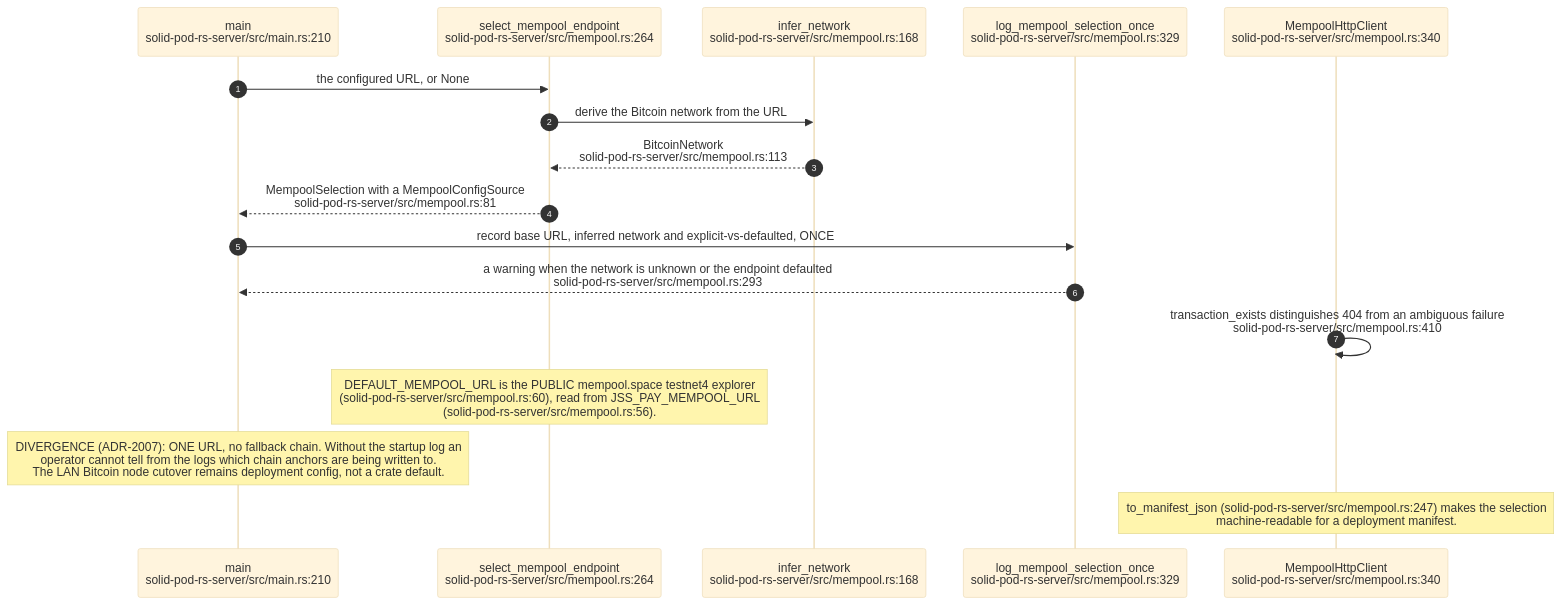
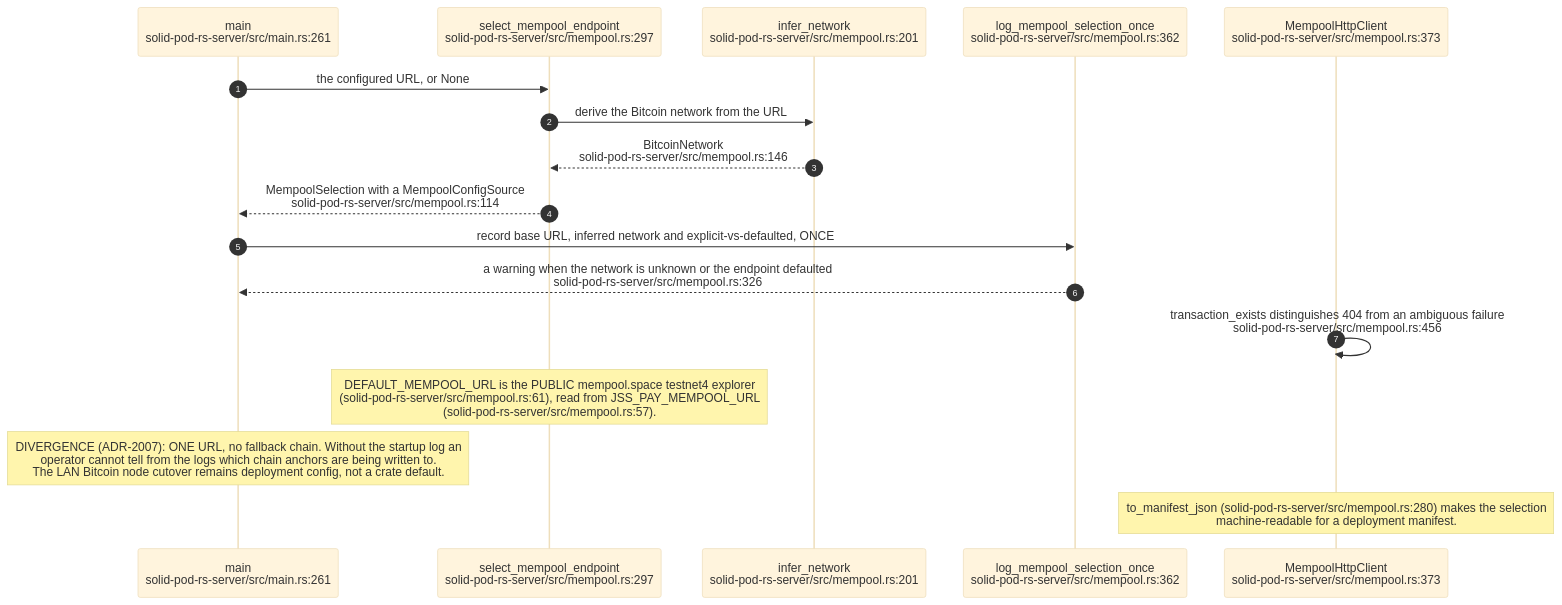
One commit to DreamLab-AI/VisionFlow changed the tenth of 19 diagrams in docs/diagrams/solid-pod-rs/07-provenance-and-payments.md. Above: the diagram before and after it, drawn with Mermaid (base theme). The commit also changed other lines of this file and 160 other files, not shown here.

````diff
--- a/docs/diagrams/solid-pod-rs/07-provenance-and-payments.md
+++ b/docs/diagrams/solid-pod-rs/07-provenance-and-payments.md
@@ -314,21 +321,21 @@
 ```mermaid
 sequenceDiagram
     autonumber
-    participant M as main<br/>solid-pod-rs-server/src/main.rs:210
-    participant SEL as select_mempool_endpoint<br/>solid-pod-rs-server/src/mempool.rs:264
-    participant INF as infer_network<br/>solid-pod-rs-server/src/mempool.rs:168
-    participant LOG as log_mempool_selection_once<br/>solid-pod-rs-server/src/mempool.rs:329
-    participant C as MempoolHttpClient<br/>solid-pod-rs-server/src/mempool.rs:340
+    participant M as main<br/>solid-pod-rs-server/src/main.rs:261
+    participant SEL as select_mempool_endpoint<br/>solid-pod-rs-server/src/mempool.rs:297
+    participant INF as infer_network<br/>solid-pod-rs-server/src/mempool.rs:201
+    participant LOG as log_mempool_selection_once<br/>solid-pod-rs-server/src/mempool.rs:362
+    participant C as MempoolHttpClient<br/>solid-pod-rs-server/src/mempool.rs:373
 
     M->>SEL: the configured URL, or None
     SEL->>INF: derive the Bitcoin network from the URL
-    INF-->>SEL: BitcoinNetwork<br/>solid-pod-rs-server/src/mempool.rs:113
-    SEL-->>M: MempoolSelection with a MempoolConfigSource<br/>solid-pod-rs-server/src/mempool.rs:81
+    INF-->>SEL: BitcoinNetwork<br/>solid-pod-rs-server/src/mempool.rs:146
+    SEL-->>M: MempoolSelection with a MempoolConfigSource<br/>solid-pod-rs-server/src/mempool.rs:114
     M->>LOG: record base URL, inferred network and explicit-vs-defaulted, ONCE
-    LOG-->>M: a warning when the network is unknown or the endpoint defaulted<br/>solid-pod-rs-server/src/mempool.rs:293
-    C->>C: transaction_exists distinguishes 404 from an ambiguous failure<br/>solid-pod-rs-server/src/mempool.rs:410
+    LOG-->>M: a warning when the network is unknown or the endpoint defaulted<br/>solid-pod-rs-server/src/mempool.rs:326
+    C->>C: transaction_exists distinguishes 404 from an ambiguous failure<br/>solid-pod-rs-server/src/mempool.rs:456
 
-    Note over SEL: DEFAULT_MEMPOOL_URL is the PUBLIC mempool.space testnet4 explorer<br/>(solid-pod-rs-server/src/mempool.rs:60), read from JSS_PAY_MEMPOOL_URL<br/>(solid-pod-rs-server/src/mempool.rs:56).
+    Note over SEL: DEFAULT_MEMPOOL_URL is the PUBLIC mempool.space testnet4 explorer<br/>(solid-pod-rs-server/src/mempool.rs:61), read from JSS_PAY_MEMPOOL_URL<br/>(solid-pod-rs-server/src/mempool.rs:57).
     Note over M: DIVERGENCE (ADR-2007): ONE URL, no fallback chain. Without the startup log an<br/>operator cannot tell from the logs which chain anchors are being written to.<br/>The LAN Bitcoin node cutover remains deployment config, not a crate default.
-    Note over C: to_manifest_json (solid-pod-rs-server/src/mempool.rs:247) makes the selection<br/>machine-readable for a deployment manifest.
+    Note over C: to_manifest_json (solid-pod-rs-server/src/mempool.rs:280) makes the selection<br/>machine-readable for a deployment manifest.
 ```
````
